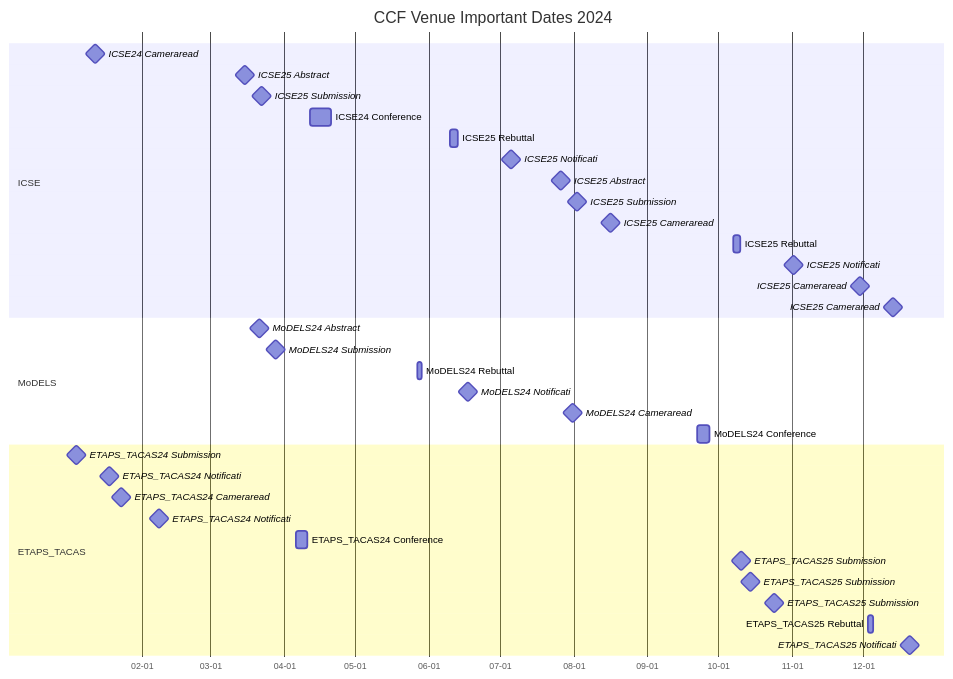
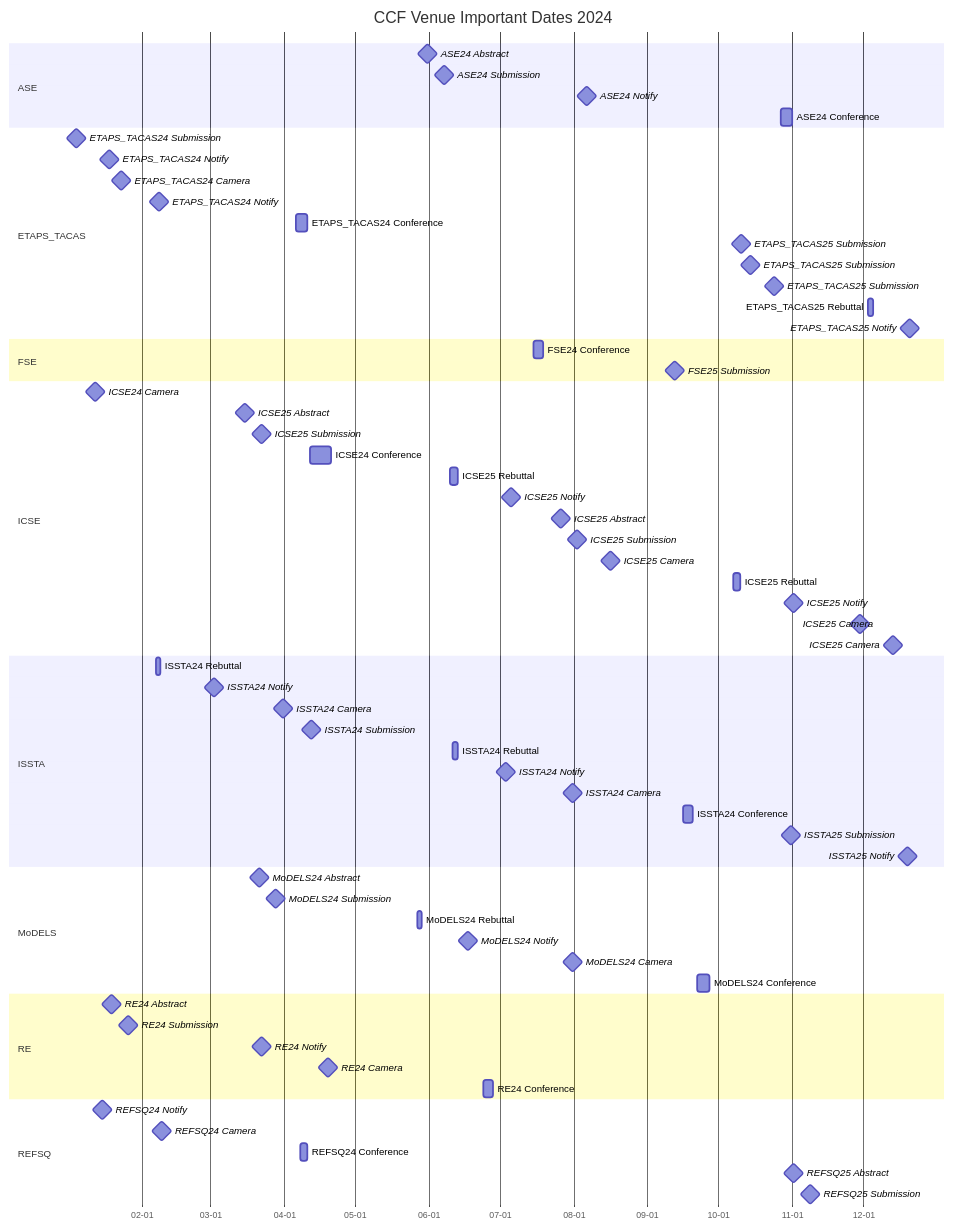
One commit to HansBug/research_ideas changed the fifth of 9 diagrams in ccf_venues/TIMELINE.md. Above: the diagram before and after it, drawn with Mermaid. The commit also changed other lines of this file and 43 other files, not shown here.

````diff
--- a/ccf_venues/TIMELINE.md
+++ b/ccf_venues/TIMELINE.md
@@ -328,42 +473,78 @@
 ```mermaid
 gantt
   title CCF Venue Important Dates 2024
   dateFormat YYYY-MM-DD
   axisFormat %m-%d
 
+  section ASE
+  ASE24 Abstract :milestone, ase_2024_1_20240531, 2024-05-31, 1d
+  ASE24 Submission :milestone, ase_2024_2_20240607, 2024-06-07, 1d
+  ASE24 Notify :milestone, ase_2024_3_20240806, 2024-08-06, 1d
+  ASE24 Conference :ase_2024_4_20241027, 2024-10-27, 2024-11-01
+
+  section ETAPS_TACAS
+  ETAPS_TACAS24 Submission :milestone, etaps_tacas_2024_1_20240104, 2024-01-04, 1d
+  ETAPS_TACAS24 Notify :milestone, etaps_tacas_2024_2_20240118, 2024-01-18, 1d
+  ETAPS_TACAS24 Camera :milestone, etaps_tacas_2024_3_20240123, 2024-01-23, 1d
+  ETAPS_TACAS24 Notify :milestone, etaps_tacas_2024_4_20240208, 2024-02-08, 1d
+  ETAPS_TACAS24 Conference :etaps_tacas_2024_5_20240406, 2024-04-06, 2024-04-11
+  ETAPS_TACAS25 Submission :milestone, etaps_tacas_2024_6_20241010, 2024-10-10, 1d
+  ETAPS_TACAS25 Submission :milestone, etaps_tacas_2024_7_20241014, 2024-10-14, 1d
+  ETAPS_TACAS25 Submission :milestone, etaps_tacas_2024_8_20241024, 2024-10-24, 1d
+  ETAPS_TACAS25 Rebuttal :etaps_tacas_2024_9_20241203, 2024-12-03, 2024-12-05
+  ETAPS_TACAS25 Notify :milestone, etaps_tacas_2024_10_20241220, 2024-12-20, 1d
+
+  section FSE
+  FSE24 Conference :fse_2024_1_20240715, 2024-07-15, 2024-07-19
+  FSE25 Submission :milestone, fse_2024_2_20240912, 2024-09-12, 1d
+
   section ICSE
-  ICSE24 Cameraread :milestone, icse2024_1_20240112, 2024-01-12, 1d
-  ICSE25 Abstract :milestone, icse2025_2_20240315, 2024-03-15, 1d
-  ICSE25 Submission :milestone, icse2025_3_20240322, 2024-03-22, 1d
-  ICSE24 Conference :icse2024_4_20240412, 2024-04-12, 2024-04-21
-  ICSE25 Rebuttal :icse2025_5_20240610, 2024-06-10, 2024-06-13
-  ICSE25 Notificati :milestone, icse2025_6_20240705, 2024-07-05, 1d
-  ICSE25 Abstract :milestone, icse2025_7_20240726, 2024-07-26, 1d
-  ICSE25 Submission :milestone, icse2025_8_20240802, 2024-08-02, 1d
-  ICSE25 Cameraread :milestone, icse2025_9_20240816, 2024-08-16, 1d
-  ICSE25 Rebuttal :icse2025_10_20241007, 2024-10-07, 2024-10-10
-  ICSE25 Notificati :milestone, icse2025_11_20241101, 2024-11-01, 1d
-  ICSE25 Cameraread :milestone, icse2025_12_20241129, 2024-11-29, 1d
-  ICSE25 Cameraread :milestone, icse2025_13_20241213, 2024-12-13, 1d
+  ICSE24 Camera :milestone, icse_2024_1_20240112, 2024-01-12, 1d
+  ICSE25 Abstract :milestone, icse_2024_2_20240315, 2024-03-15, 1d
+  ICSE25 Submission :milestone, icse_2024_3_20240322, 2024-03-22, 1d
+  ICSE24 Conference :icse_2024_4_20240412, 2024-04-12, 2024-04-21
+  ICSE25 Rebuttal :icse_2024_5_20240610, 2024-06-10, 2024-06-13
+  ICSE25 Notify :milestone, icse_2024_6_20240705, 2024-07-05, 1d
+  ICSE25 Abstract :milestone, icse_2024_7_20240726, 2024-07-26, 1d
+  ICSE25 Submission :milestone, icse_2024_8_20240802, 2024-08-02, 1d
+  ICSE25 Camera :milestone, icse_2024_9_20240816, 2024-08-16, 1d
+  ICSE25 Rebuttal :icse_2024_10_20241007, 2024-10-07, 2024-10-10
+  ICSE25 Notify :milestone, icse_2024_11_20241101, 2024-11-01, 1d
+  ICSE25 Camera :milestone, icse_2024_12_20241129, 2024-11-29, 1d
+  ICSE25 Camera :milestone, icse_2024_13_20241213, 2024-12-13, 1d
+
+  section ISSTA
+  ISSTA24 Rebuttal :issta_2024_1_20240207, 2024-02-07, 2024-02-09
+  ISSTA24 Notify :milestone, issta_2024_2_20240302, 2024-03-02, 1d
+  ISSTA24 Camera :milestone, issta_2024_3_20240331, 2024-03-31, 1d
+  ISSTA24 Submission :milestone, issta_2024_4_20240412, 2024-04-12, 1d
+  ISSTA24 Rebuttal :issta_2024_5_20240611, 2024-06-11, 2024-06-13
+  ISSTA24 Notify :milestone, issta_2024_6_20240703, 2024-07-03, 1d
+  ISSTA24 Camera :milestone, issta_2024_7_20240731, 2024-07-31, 1d
+  ISSTA24 Conference :issta_2024_8_20240916, 2024-09-16, 2024-09-20
+  ISSTA25 Submission :milestone, issta_2024_9_20241031, 2024-10-31, 1d
+  ISSTA25 Notify :milestone, issta_2024_10_20241219, 2024-12-19, 1d
 
   section MoDELS
-  MoDELS24 Abstract :milestone, models2024_1_20240321, 2024-03-21, 1d
-  MoDELS24 Submission :milestone, models2024_2_20240328, 2024-03-28, 1d
-  MoDELS24 Rebuttal :models2024_3_20240527, 2024-05-27, 2024-05-29
-  MoDELS24 Notificati :milestone, models2024_4_20240617, 2024-06-17, 1d
-  MoDELS24 Cameraread :milestone, models2024_5_20240731, 2024-07-31, 1d
-  MoDELS24 Conference :models2024_6_20240922, 2024-09-22, 2024-09-27
+  MoDELS24 Abstract :milestone, models_2024_1_20240321, 2024-03-21, 1d
+  MoDELS24 Submission :milestone, models_2024_2_20240328, 2024-03-28, 1d
+  MoDELS24 Rebuttal :models_2024_3_20240527, 2024-05-27, 2024-05-29
+  MoDELS24 Notify :milestone, models_2024_4_20240617, 2024-06-17, 1d
+  MoDELS24 Camera :milestone, models_2024_5_20240731, 2024-07-31, 1d
+  MoDELS24 Conference :models_2024_6_20240922, 2024-09-22, 2024-09-27
 
-  section ETAPS_TACAS
-  ETAPS_TACAS24 Submission :milestone, etaps2024_1_20240104, 2024-01-04, 1d
-  ETAPS_TACAS24 Notificati :milestone, etaps2024_2_20240118, 2024-01-18, 1d
-  ETAPS_TACAS24 Cameraread :milestone, etaps2024_3_20240123, 2024-01-23, 1d
-  ETAPS_TACAS24 Notificati :milestone, etaps2024_4_20240208, 2024-02-08, 1d
-  ETAPS_TACAS24 Conference :etaps2024_5_20240406, 2024-04-06, 2024-04-11
-  ETAPS_TACAS25 Submission :milestone, etaps2025_6_20241010, 2024-10-10, 1d
-  ETAPS_TACAS25 Submission :milestone, etaps2025_7_20241014, 2024-10-14, 1d
-  ETAPS_TACAS25 Submission :milestone, etaps2025_8_20241024, 2024-10-24, 1d
-  ETAPS_TACAS25 Rebuttal :etaps2025_9_20241203, 2024-12-03, 2024-12-05
-  ETAPS_TACAS25 Notificati :milestone, etaps2025_10_20241220, 2024-12-20, 1d
+  section RE
+  RE24 Abstract :milestone, re_2024_1_20240119, 2024-01-19, 1d
+  RE24 Submission :milestone, re_2024_2_20240126, 2024-01-26, 1d
+  RE24 Notify :milestone, re_2024_3_20240322, 2024-03-22, 1d
+  RE24 Camera :milestone, re_2024_4_20240419, 2024-04-19, 1d
+  RE24 Conference :re_2024_5_20240624, 2024-06-24, 2024-06-28
+
+  section REFSQ
+  REFSQ24 Notify :milestone, refsq_2024_1_20240115, 2024-01-15, 1d
+  REFSQ24 Camera :milestone, refsq_2024_2_20240209, 2024-02-09, 1d
+  REFSQ24 Conference :refsq_2024_3_20240408, 2024-04-08, 2024-04-11
+  REFSQ25 Abstract :milestone, refsq_2024_4_20241101, 2024-11-01, 1d
+  REFSQ25 Submission :milestone, refsq_2024_5_20241108, 2024-11-08, 1d
 
 ```
````
